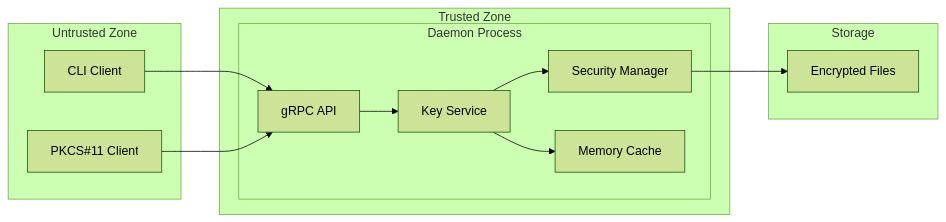
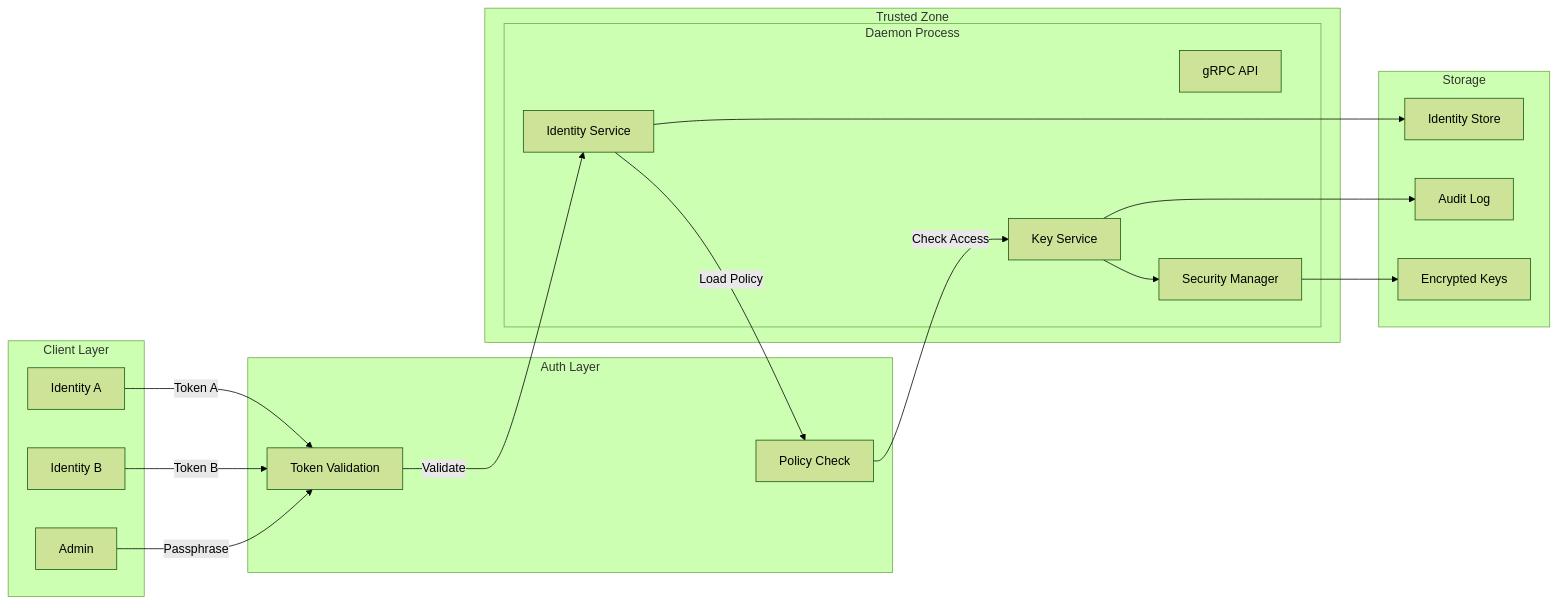
Before and after one commit to ehanoc/softKMS: the first of 4 diagrams in docs/SECURITY.md, drawn with Mermaid (forest theme). The commit also changed other lines of this file and 23 other files, not shown here.

Commit message:
docs: Auth, Identity, Role and Access Policies. Humans, Agents, Services. chore: fix tests

````diff
--- a/docs/SECURITY.md
+++ b/docs/SECURITY.md
@@ -40,27 +54,41 @@
 ```mermaid
 flowchart LR
-    subgraph "Untrusted Zone"
-        CLI[CLI Client]
-        PKCS[PKCS#11 Client]
+    subgraph "Client Layer"
+        A[Identity A]
+        B[Identity B]
+        AD[Admin]
+    end
+    
+    subgraph "Auth Layer"
+        AUTH[Token Validation]
+        POL[Policy Check]
     end
     
     subgraph "Trusted Zone"
         subgraph "Daemon Process"
             API[gRPC API]
             KS[Key Service]
             SEC[Security Manager]
-            MEM[Memory Cache]
+            ID[Identity Service]
         end
     end
     
     subgraph "Storage"
-        ENC[Encrypted Files]
+        ENC[Encrypted Keys]
+        IDSTORE[Identity Store]
+        AUDIT[Audit Log]
     end
     
-    CLI --> API
-    PKCS --> API
-    API --> KS
+    A -->|Token A| AUTH
+    B -->|Token B| AUTH
+    AD -->|Passphrase| AUTH
+    
+    AUTH -->|Validate| ID
+    ID -->|Load Policy| POL
+    POL -->|Check Access| KS
+    
     KS --> SEC
-    KS --> MEM
     SEC --> ENC
+    ID --> IDSTORE
+    KS --> AUDIT
 ```
````
